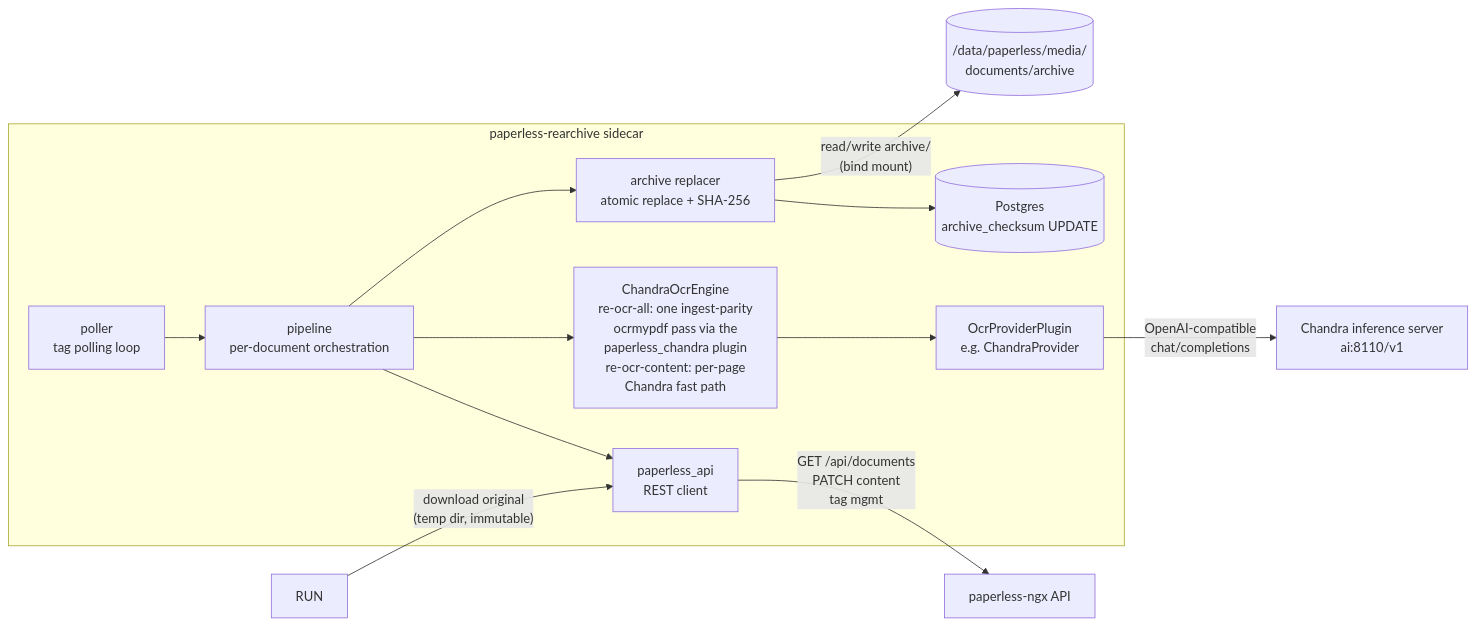
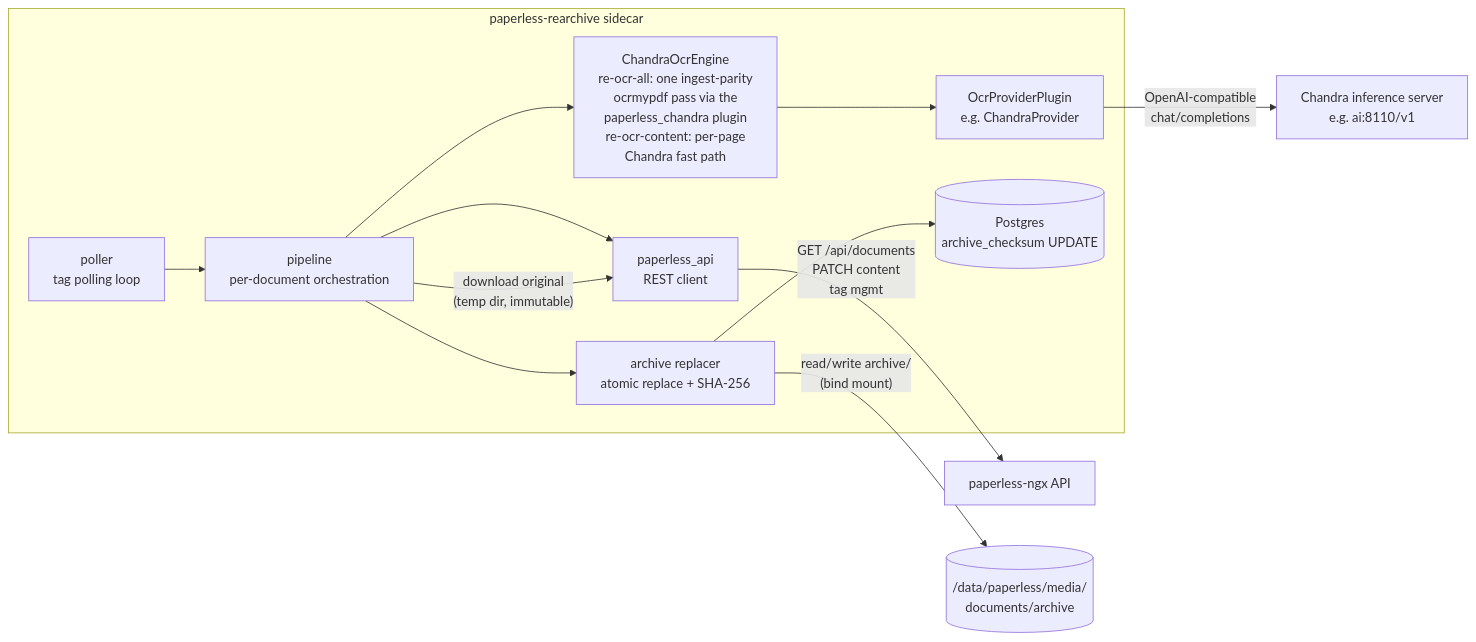
The diagram in README.md (strichte/paperless-rearchive), drawn with Mermaid before and after one commit. The commit also changed other lines of this file and 1 other file, not shown here.

````diff
--- a/README.md
+++ b/README.md
@@ -18,15 +54,15 @@
 ```mermaid
 flowchart LR
     subgraph sidecar["paperless-rearchive sidecar"]
         P[poller<br/>tag polling loop] --> PIPE[pipeline<br/>per-document orchestration]
         PIPE --> API[paperless_api<br/>REST client]
         PIPE --> ENG[ChandraOcrEngine<br/>re-ocr-all: one ingest-parity<br/>ocrmypdf pass via the<br/>paperless_chandra plugin<br/>re-ocr-content: per-page<br/>Chandra fast path]
         ENG --> PROV[OcrProviderPlugin<br/>e.g. ChandraProvider]
         PIPE --> REP[archive replacer<br/>atomic replace + SHA-256]
         REP --> DB[(Postgres<br/>archive_checksum UPDATE)]
     end
     API -- "GET /api/documents<br/>PATCH content<br/>tag mgmt" --> PLX[paperless-ngx API]
-    PROV -- "OpenAI-compatible<br/>chat/completions" --> LLM["Chandra inference server<br/>ai:8110/v1"]
+    PROV -- "OpenAI-compatible<br/>chat/completions" --> LLM["Chandra inference server<br/>e.g. ai:8110/v1"]
     REP -- "read/write archive/<br/>(bind mount)" --> MED[("/data/paperless/media/<br/>documents/archive")]
-    RUN -- "download original<br/>(temp dir, immutable)" --> API
+    PIPE -- "download original<br/>(temp dir, immutable)" --> API
 ```
````
